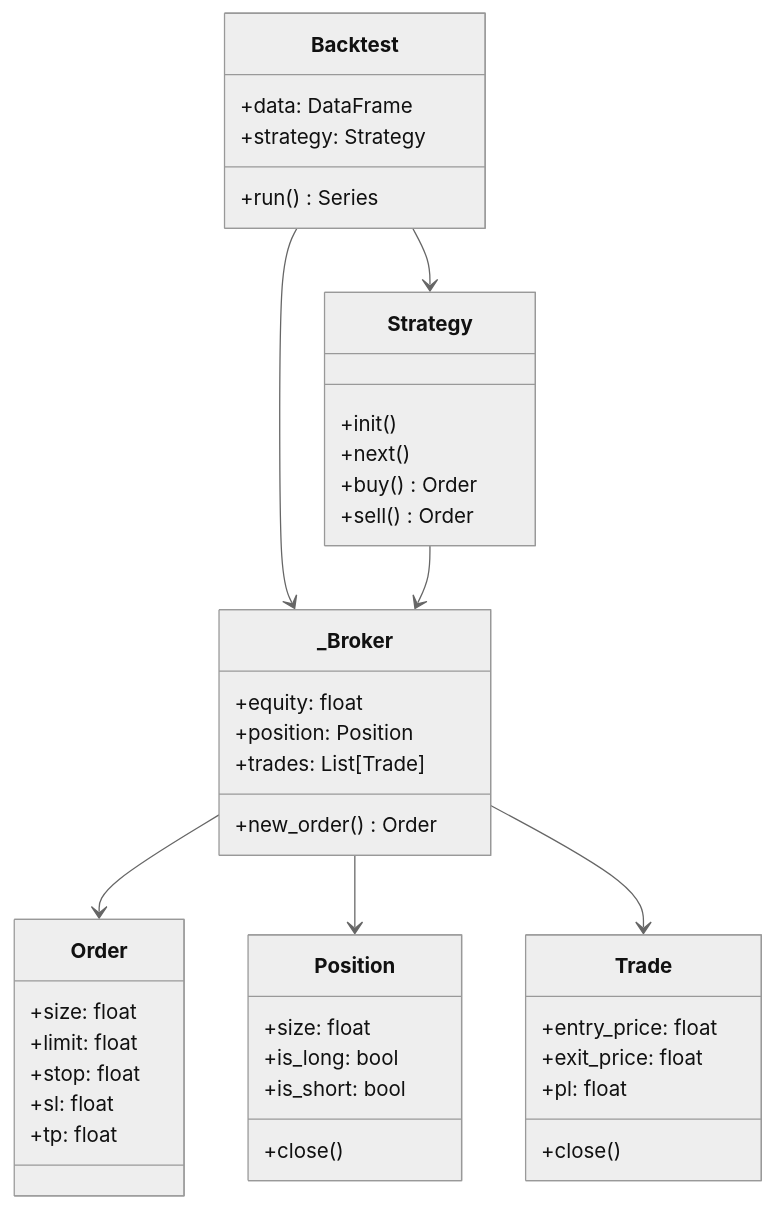
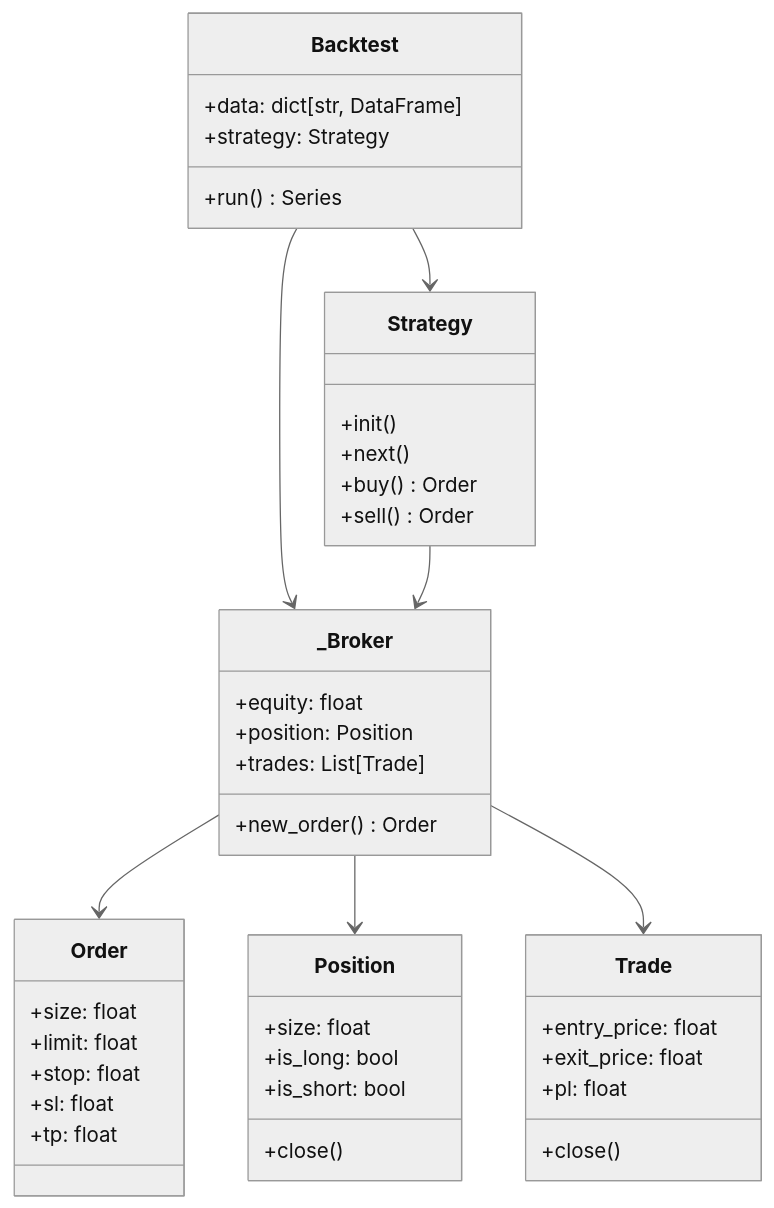
One commit to BackcastPro/BackcastPro changed the diagram in docs/developer-guide.md. Above: the diagram before and after it, drawn with Mermaid (neutral theme). The commit also changed other lines of this file and 3 other files, not shown here.

````diff
--- a/docs/developer-guide.md
+++ b/docs/developer-guide.md
@@ -131,51 +131,51 @@
 ```mermaid
 classDiagram
     class Backtest {
-        +data: DataFrame
+        +data: dict[str, DataFrame]
         +strategy: Strategy
         +run() Series
     }
     
     class Strategy {
         +init()
         +next()
         +buy() Order
         +sell() Order
     }
     
     class _Broker {
         +equity: float
         +position: Position
         +trades: List[Trade]
         +new_order() Order
     }
     
     class Order {
         +size: float
         +limit: float
         +stop: float
         +sl: float
         +tp: float
     }
     
     class Position {
         +size: float
         +is_long: bool
         +is_short: bool
         +close()
     }
     
     class Trade {
         +entry_price: float
         +exit_price: float
         +pl: float
         +close()
     }
     
     Backtest --> Strategy
     Backtest --> _Broker
     Strategy --> _Broker
     _Broker --> Order
     _Broker --> Position
     _Broker --> Trade
 ```
````
